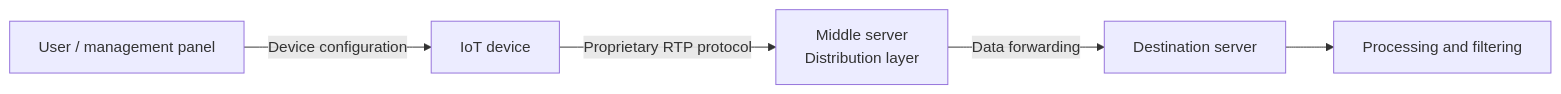
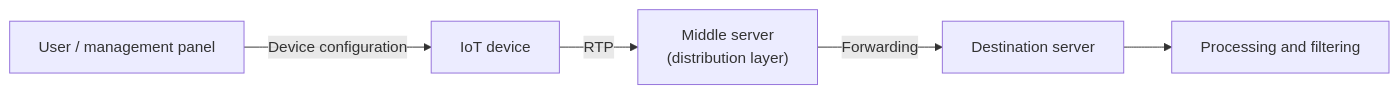
Before and after one commit to realizino/iziot: the third of 3 diagrams in README.md, drawn with Mermaid. The commit also changed other lines of this file, not shown here.

````diff
--- a/README.md
+++ b/README.md
@@ -61,13 +101,13 @@
 ```mermaid
 flowchart LR
     user["User / management panel"]
     device["IoT device"]
-    middle["Middle server<br/>Distribution layer"]
+    middle["Middle server<br/>(distribution layer)"]
     destination["Destination server"]
     process["Processing and filtering"]
 
     user -->|"Device configuration"| device
-    device -->|"Proprietary RTP protocol"| middle
-    middle -->|"Data forwarding"| destination
+    device -->|"RTP"| middle
+    middle -->|"Forwarding"| destination
     destination --> process
 ```
````
